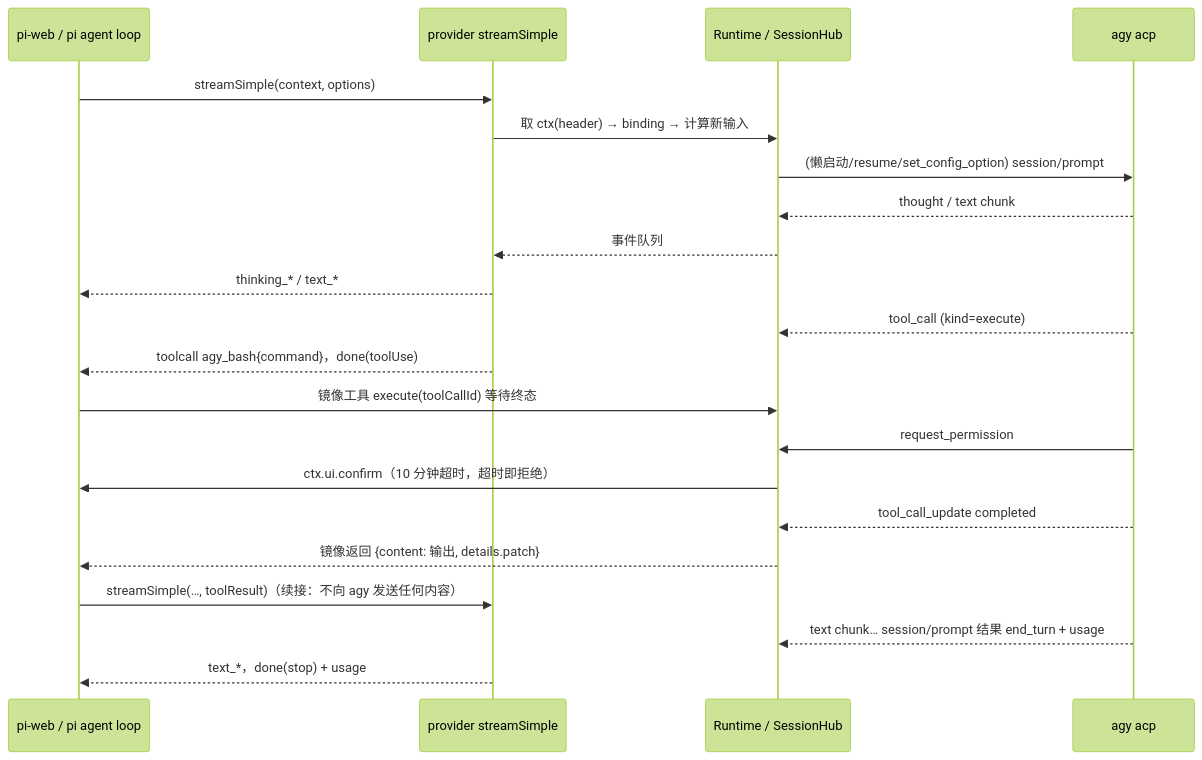
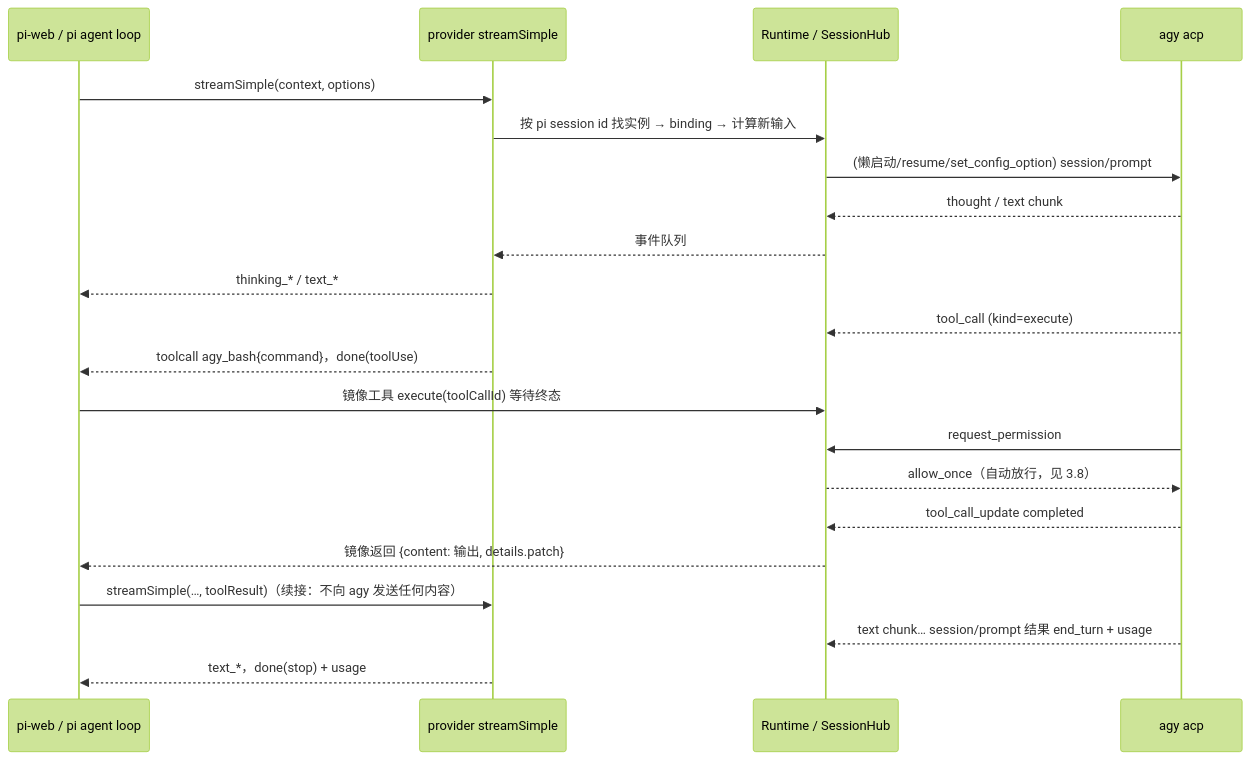
One commit to zhudatou630/pi-agy-acp changed the diagram in docs/design.md. Above: the diagram before and after it, drawn with Mermaid (forest theme). The commit also changed other lines of this file and 4 other files, not shown here.

````diff
--- a/docs/design.md
+++ b/docs/design.md
@@ -56,23 +59,23 @@
 ```mermaid
 sequenceDiagram
   participant W as pi-web / pi agent loop
   participant P as provider streamSimple
   participant R as Runtime / SessionHub
   participant A as agy acp
   W->>P: streamSimple(context, options)
-  P->>R: 取 ctx(header) → binding → 计算新输入
+  P->>R: 按 pi session id 找实例 → binding → 计算新输入
   R->>A: (懒启动/resume/set_config_option) session/prompt
   A-->>R: thought / text chunk
   R-->>P: 事件队列
   P-->>W: thinking_* / text_*
   A-->>R: tool_call (kind=execute)
   P-->>W: toolcall agy_bash{command}，done(toolUse)
   W->>R: 镜像工具 execute(toolCallId) 等待终态
   A->>R: request_permission
-  R->>W: ctx.ui.confirm（10 分钟超时，超时即拒绝）
+  R-->>A: allow_once（自动放行，见 3.8）
   A-->>R: tool_call_update completed
   R-->>W: 镜像返回 {content: 输出, details.patch}
   W->>P: streamSimple(…, toolResult)（续接：不向 agy 发送任何内容）
   A-->>R: text chunk… session/prompt 结果 end_turn + usage
   P-->>W: text_*，done(stop) + usage
 ```
````
